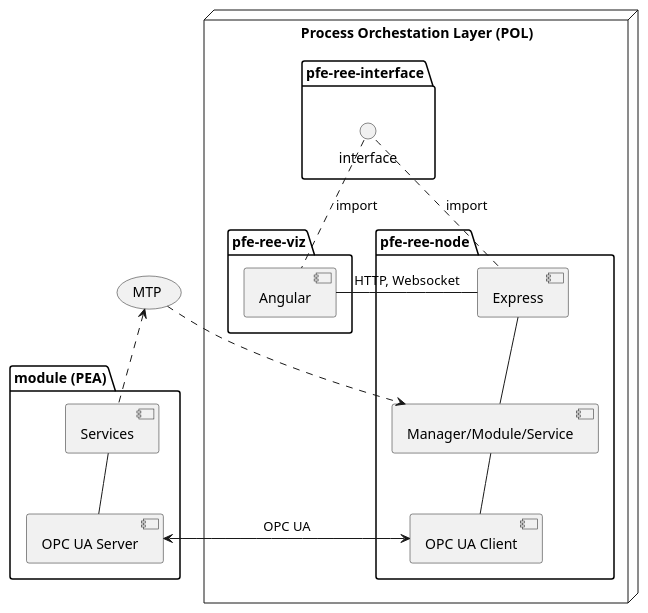
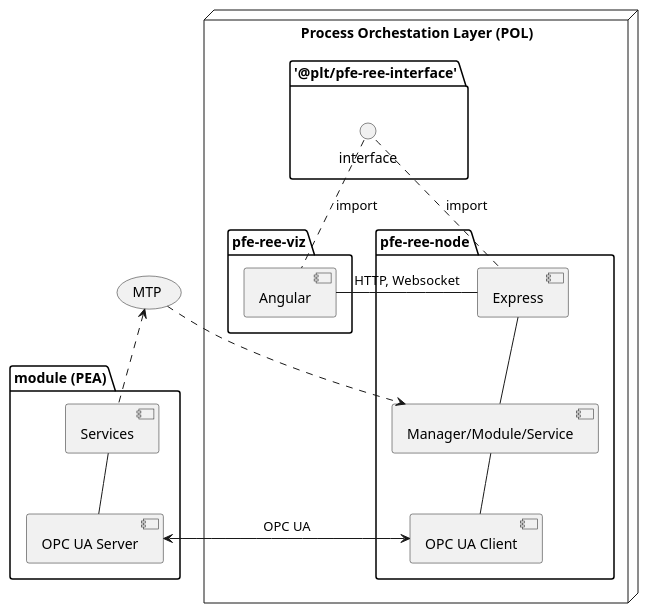
One commit to p2o-lab/polaris-backend changed the diagram in componentdiagram.puml. Above: the diagram before and after it, drawn with PlantUML. The commit also changed 20 other files, not shown here.

Commit message:
use scoped pfe-ree-interface

```diff
--- a/componentdiagram.puml
+++ b/componentdiagram.puml
@@ -1,32 +1,32 @@
 @startuml
 
 
 
 package "module (PEA)" {
     [Services] -- [OPC UA Server]
 }
 
 node "Process Orchestation Layer (POL)" {
     package "pfe-ree-node" {
         [Express] -- [Manager/Module/Service]
         [Manager/Module/Service] -- [OPC UA Client]
     }
 
     package "pfe-ree-viz" {
         [Angular] -right- [Express] : HTTP, Websocket
     }
 
-    package "pfe-ree-interface" {
+    package '@plt/pfe-ree-interface' {
         () interface as if
     }
 }
 
 if .down. [Express] : import
 if .down. [Angular] : import
 
 [OPC UA Server] <-left-> [OPC UA Client] : OPC UA
 
 (MTP) <.down. [Services]
 (MTP) .down.> [Manager/Module/Service]
 
 @enduml
```
